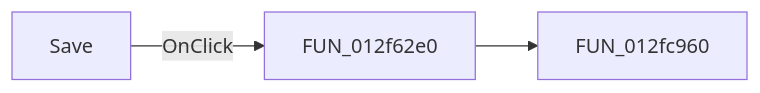
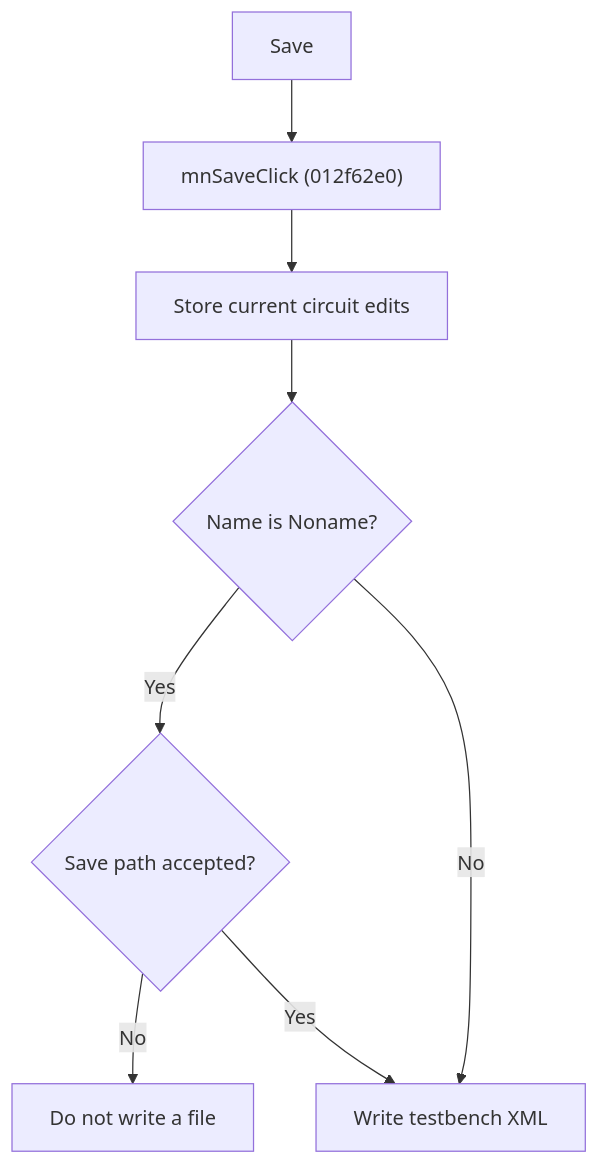
Before and after one commit to MovGP0/TIARA: the diagram in docs/ui-controls/frmmodeltestbencheditor/mnsave-676f6b63ec.md, drawn with Mermaid. The commit also changed other lines of this file and 387 other files, not shown here.

````diff
--- a/docs/ui-controls/frmmodeltestbencheditor/mnsave-676f6b63ec.md
+++ b/docs/ui-controls/frmmodeltestbencheditor/mnsave-676f6b63ec.md
@@ -27,5 +29,10 @@
 ```mermaid
-flowchart LR
-    control["Save"] -->|OnClick| handler["FUN_012f62e0"]
-    handler --> call1["FUN_012fc960"]
+flowchart TD
+    control["Save"] --> handler["mnSaveClick (012f62e0)"]
+    handler --> stage["Store current circuit edits"]
+    stage --> unnamed{"Name is Noname?"}
+    unnamed -->|Yes| dialog{"Save path accepted?"}
+    dialog -->|No| stop["Do not write a file"]
+    dialog -->|Yes| write["Write testbench XML"]
+    unnamed -->|No| write
 ```
````
